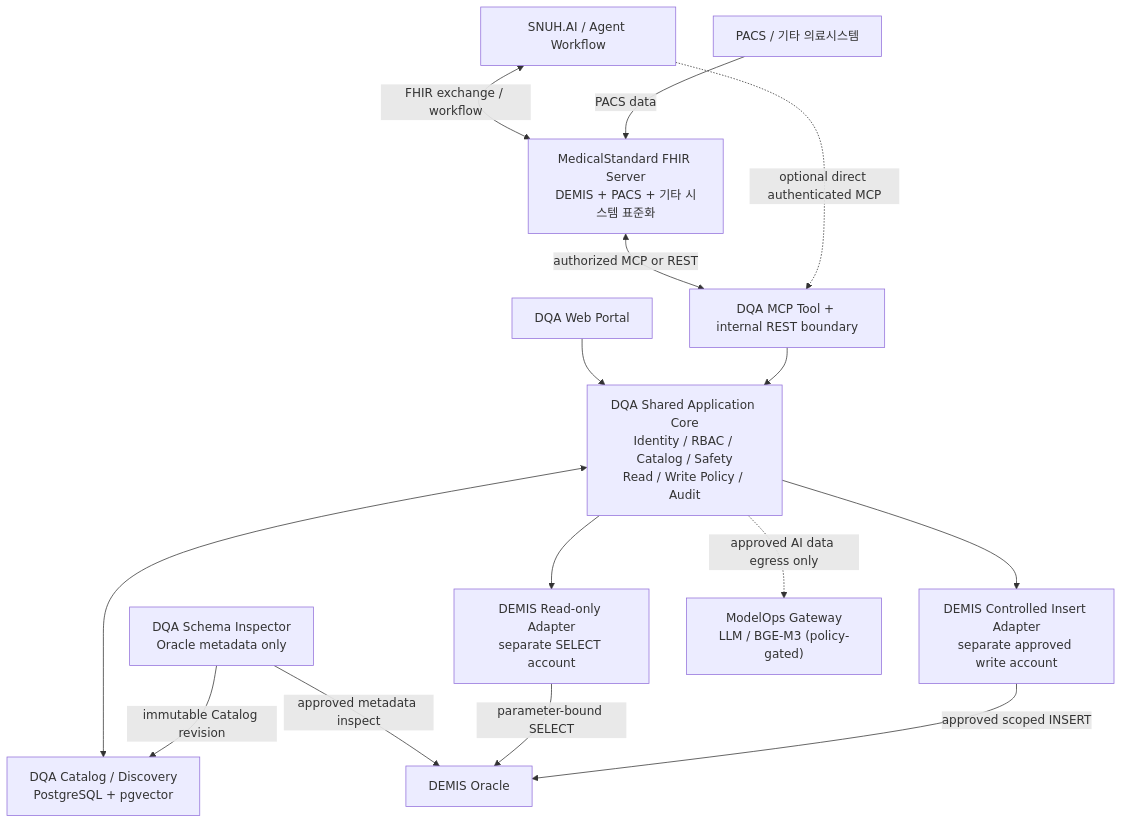
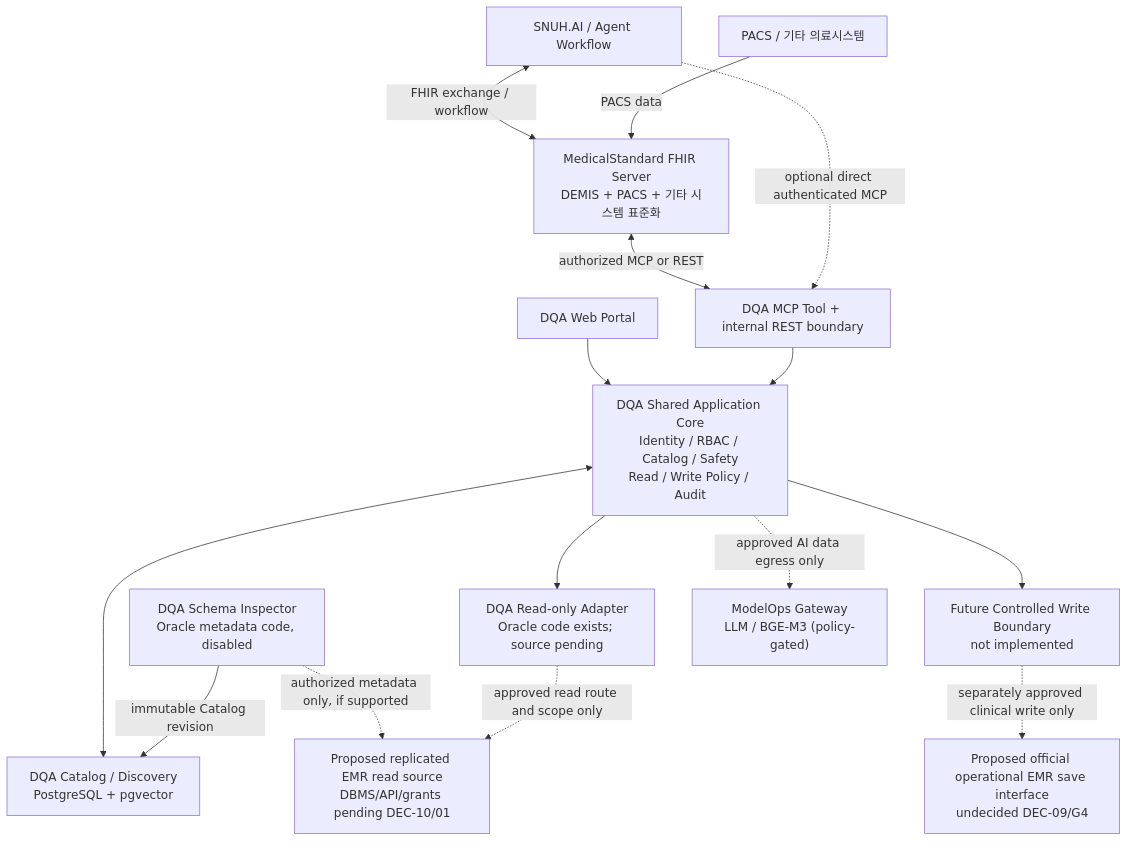
The first of 2 diagrams in docs/integrated-platform-architecture.md (ramza2/dqa), drawn with Mermaid before and after one commit. The commit also changed other lines of this file, not shown here.

Commit message:
docs(u03): rebaseline provisional replicated-read and separate operational-EMR-write diagram

```diff
--- a/docs/integrated-platform-architecture.md
+++ b/docs/integrated-platform-architecture.md
@@ -47,30 +49,31 @@
 ~~~mermaid
 flowchart TB
   S["SNUH.AI / Agent Workflow"]
   F["MedicalStandard FHIR Server<br/>DEMIS + PACS + 기타 시스템 표준화"]
   P["PACS / 기타 의료시스템"]
   W["DQA Web Portal"]
   T["DQA MCP Tool + internal REST boundary"]
   CORE["DQA Shared Application Core<br/>Identity / RBAC / Catalog / Safety<br/>Read / Write Policy / Audit"]
-  INS["DQA Schema Inspector<br/>Oracle metadata only"]
+  INS["DQA Schema Inspector<br/>Oracle metadata code, disabled"]
   C["DQA Catalog / Discovery<br/>PostgreSQL + pgvector"]
-  R["DEMIS Read-only Adapter<br/>separate SELECT account"]
-  I["DEMIS Controlled Insert Adapter<br/>separate approved write account"]
-  D["DEMIS Oracle"]
+  R["DQA Read-only Adapter<br/>Oracle code exists; source pending"]
+  I["Future Controlled Write Boundary<br/>not implemented"]
+  D["Proposed replicated EMR read source<br/>DBMS/API/grants pending DEC-10/01"]
+  SAVE["Proposed official operational EMR save interface<br/>undecided DEC-09/G4"]
   M["ModelOps Gateway<br/>LLM / BGE-M3 (policy-gated)"]
 
   S <-->|"FHIR exchange / workflow"| F
   P -->|"PACS data"| F
   F <-->|"authorized MCP or REST"| T
   S -.->|"optional direct authenticated MCP"| T
   W --> CORE
   T --> CORE
   CORE <--> C
   CORE --> R
   CORE --> I
-  INS -->|"approved metadata inspect"| D
+  INS -.->|"authorized metadata only, if supported"| D
   INS -->|"immutable Catalog revision"| C
-  R -->|"parameter-bound SELECT"| D
-  I -->|"approved scoped INSERT"| D
+  R -.->|"approved read route and scope only"| D
+  I -.->|"separately approved clinical write only"| SAVE
   CORE -.->|"approved AI data egress only"| M
 ~~~
```
